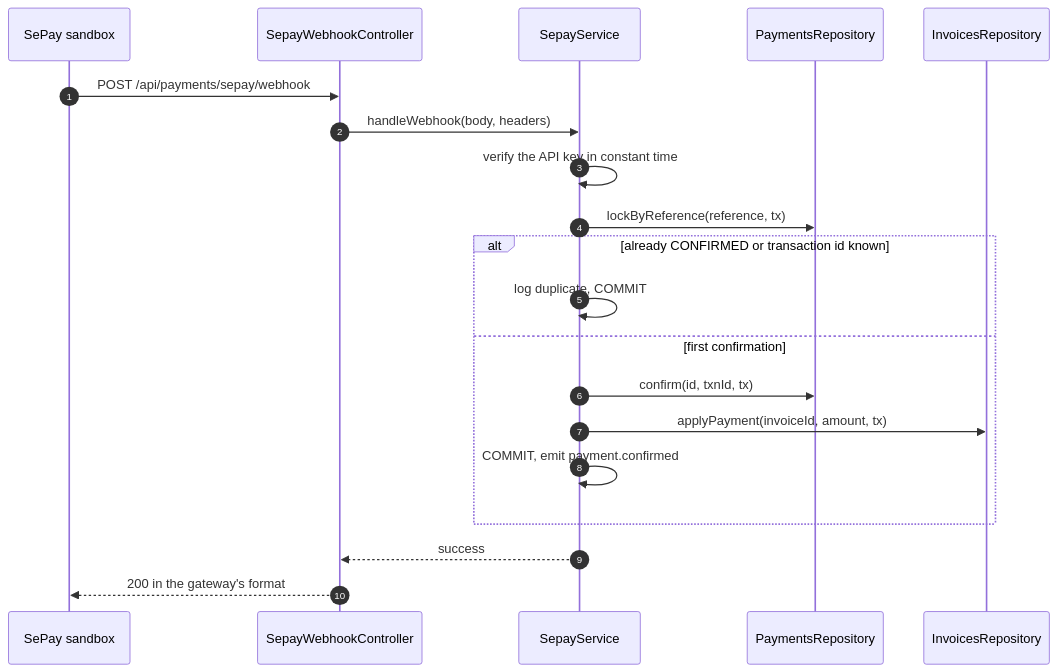
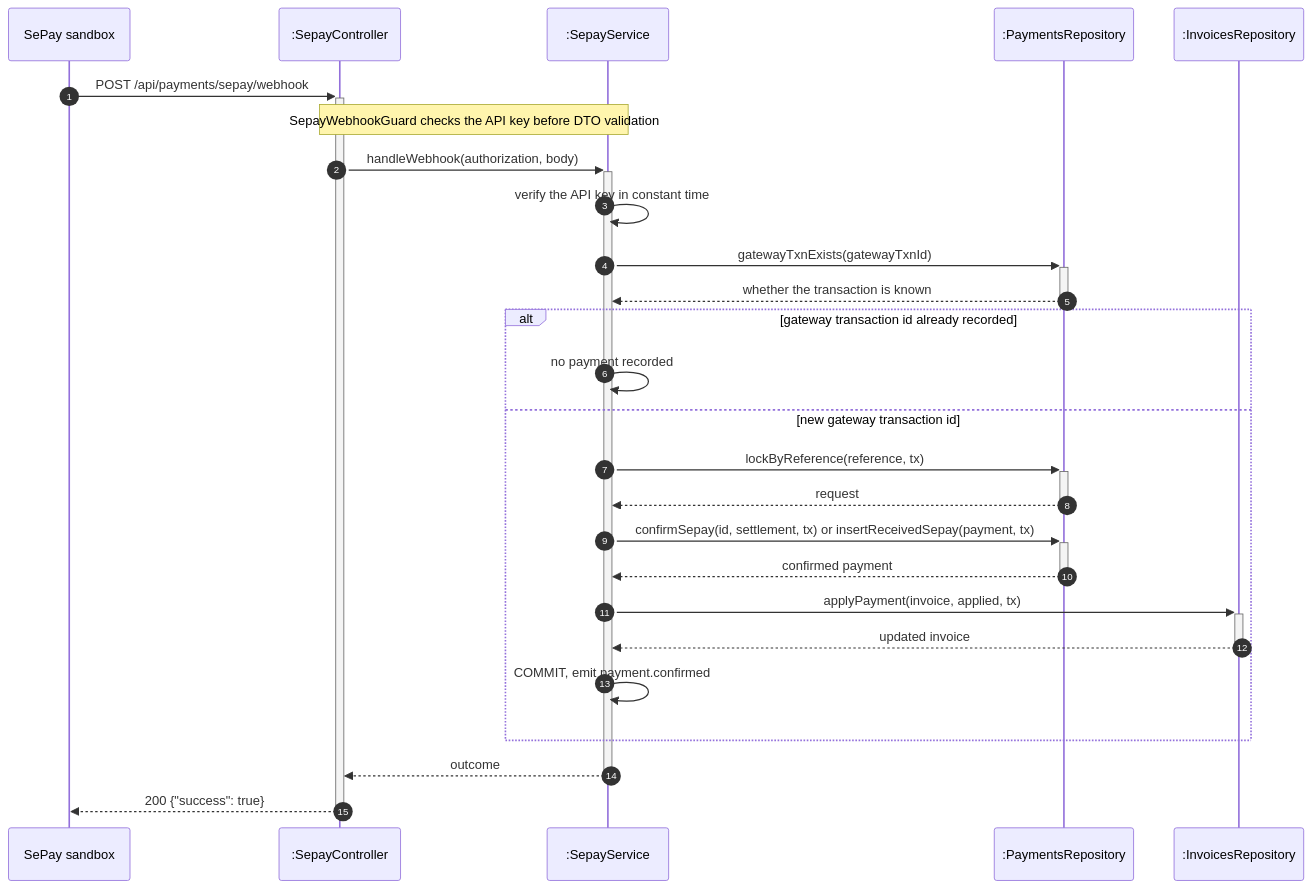
The fifth of 6 diagrams in specs/billing/design.md (TrekLink-Team/treklink-web), drawn with Mermaid before and after one commit. The commit also changed other lines of this file and 16 other files, not shown here.

````diff
--- a/specs/billing/design.md
+++ b/specs/billing/design.md
@@ -241,22 +268,28 @@
 ```mermaid
 sequenceDiagram
     autonumber
     participant G as SePay sandbox
-    participant W as SepayWebhookController
-    participant S as SepayService
-    participant R as PaymentsRepository
-    participant IR as InvoicesRepository
-    G->>W: POST /api/payments/sepay/webhook
-    W->>S: handleWebhook(body, headers)
+    participant W as :SepayController
+    participant S as :SepayService
+    participant R as :PaymentsRepository
+    participant IR as :InvoicesRepository
+    G->>+W: POST /api/payments/sepay/webhook
+    Note over W,S: SepayWebhookGuard checks the API key before DTO validation
+    W->>+S: handleWebhook(authorization, body)
     S->>S: verify the API key in constant time
-    S->>R: lockByReference(reference, tx)
-    alt already CONFIRMED or transaction id known
-        S->>S: log duplicate, COMMIT
-    else first confirmation
-        S->>R: confirm(id, txnId, tx)
-        S->>IR: applyPayment(invoiceId, amount, tx)
+    S->>+R: gatewayTxnExists(gatewayTxnId)
+    R-->>-S: whether the transaction is known
+    alt gateway transaction id already recorded
+        S->>S: no payment recorded
+    else new gateway transaction id
+        S->>+R: lockByReference(reference, tx)
+        R-->>-S: request
+        S->>+R: confirmSepay(id, settlement, tx) or insertReceivedSepay(payment, tx)
+        R-->>-S: confirmed payment
+        S->>+IR: applyPayment(invoice, applied, tx)
+        IR-->>-S: updated invoice
         S->>S: COMMIT, emit payment.confirmed
     end
-    S-->>W: success
-    W-->>G: 200 in the gateway's format
+    S-->>-W: outcome
+    W-->>-G: 200 {"success": true}
 ```
````
